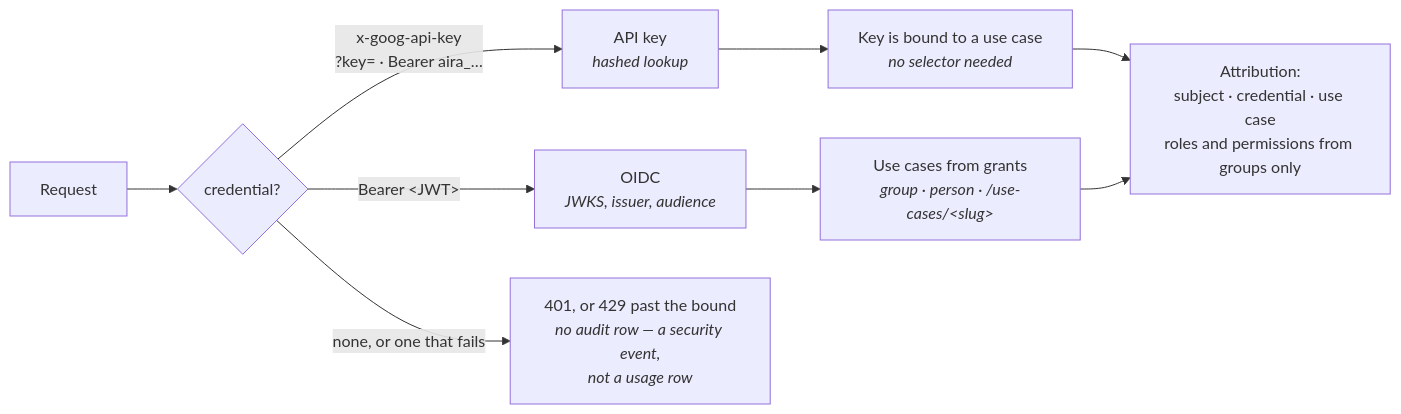
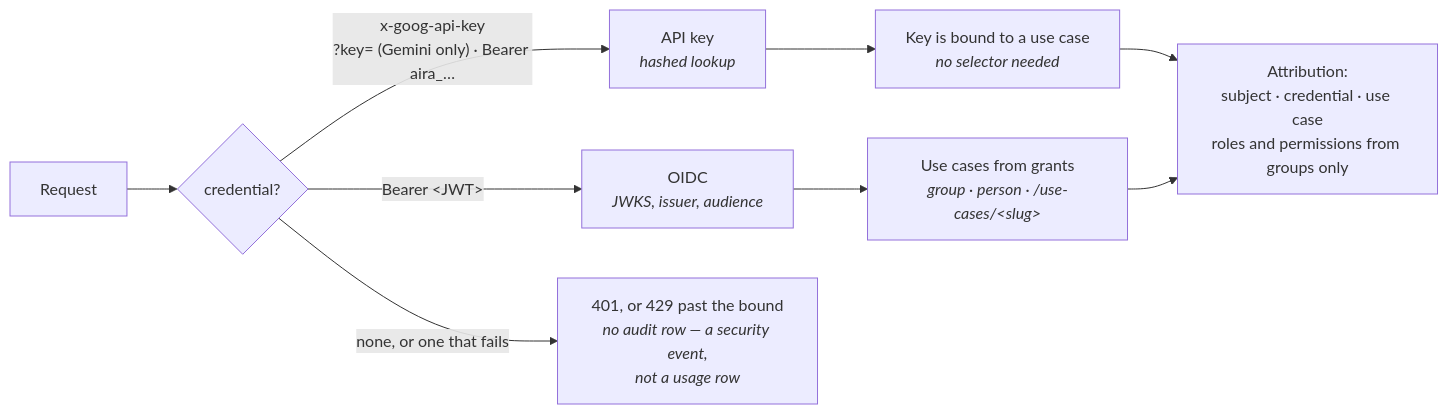
Before and after one commit to InigoImago/AIRA-Gateway: the second of 6 diagrams in docs/REQUEST-LIFECYCLE.md, drawn with Mermaid. The commit also changed other lines of this file and 143 other files, not shown here.

````diff
--- a/docs/REQUEST-LIFECYCLE.md
+++ b/docs/REQUEST-LIFECYCLE.md
@@ -96,13 +96,13 @@
 ```mermaid
 graph LR
     req["Request"] --> which{"credential?"}
-    which -->|"x-goog-api-key<br/>?key= · Bearer aira_…"| key["API key<br/><i>hashed lookup</i>"]
+    which -->|"x-goog-api-key<br/>?key= (Gemini only) · Bearer aira_…"| key["API key<br/><i>hashed lookup</i>"]
     which -->|"Bearer &lt;JWT&gt;"| oidc["OIDC<br/><i>JWKS, issuer, audience</i>"]
     which -->|"none, or one that fails"| anon["401, or 429 past the bound<br/><i>no audit row — a security event,<br/>not a usage row</i>"]
 
     key --> bound["Key is bound to a use case<br/><i>no selector needed</i>"]
     oidc --> groups["Use cases from grants<br/><i>group · person · /use-cases/&lt;slug&gt;</i>"]
 
     bound --> attr["Attribution:<br/>subject · credential · use case<br/>roles and permissions from groups only"]
     groups --> attr
 ```
````
